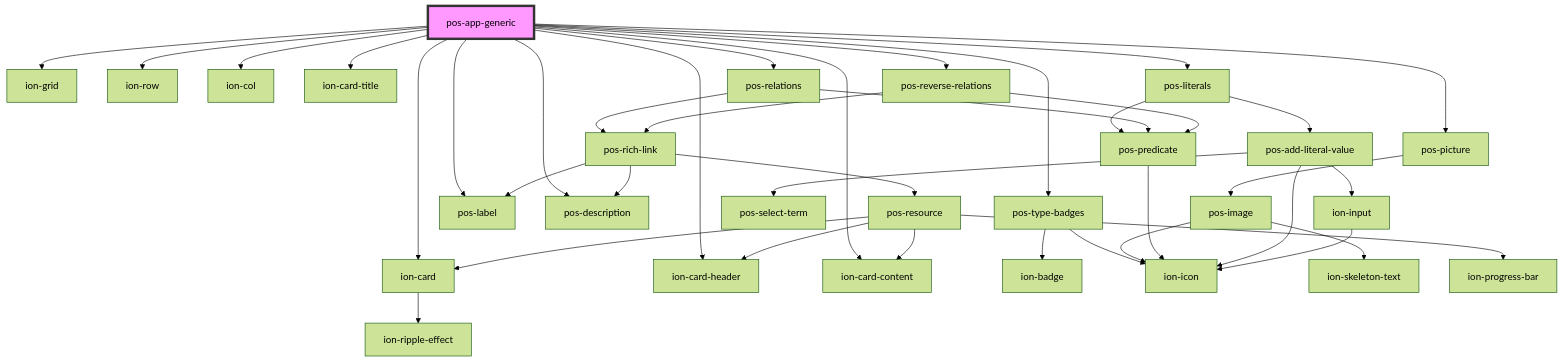
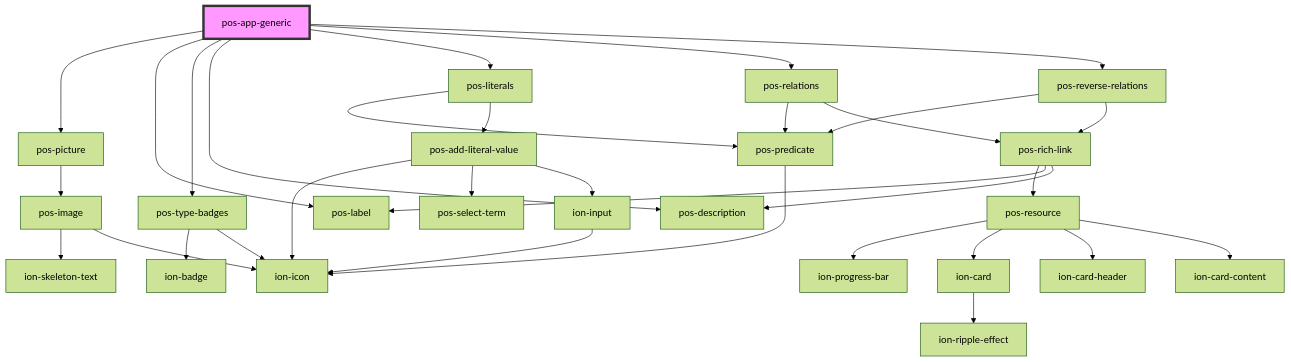
One commit to pod-os/PodOS changed the diagram in docs/elements/apps/pos-app-generic/readme.md. Above: the diagram before and after it, drawn with Mermaid (forest theme). The commit also changed other lines of this file and 7 other files, not shown here.

Commit message:
refactor: get rid of ionic in pos-app-generic

````diff
--- a/docs/elements/apps/pos-app-generic/readme.md
+++ b/docs/elements/apps/pos-app-generic/readme.md
@@ -28,42 +21,35 @@
 ```mermaid
 graph TD;
-  pos-app-generic --> ion-grid
-  pos-app-generic --> ion-row
-  pos-app-generic --> ion-col
-  pos-app-generic --> ion-card
-  pos-app-generic --> ion-card-header
+  pos-app-generic --> pos-picture
+  pos-app-generic --> pos-label
   pos-app-generic --> pos-type-badges
-  pos-app-generic --> pos-picture
-  pos-app-generic --> ion-card-title
-  pos-app-generic --> pos-label
-  pos-app-generic --> ion-card-content
   pos-app-generic --> pos-description
   pos-app-generic --> pos-literals
   pos-app-generic --> pos-relations
   pos-app-generic --> pos-reverse-relations
-  ion-card --> ion-ripple-effect
-  pos-type-badges --> ion-badge
-  pos-type-badges --> ion-icon
   pos-picture --> pos-image
   pos-image --> ion-skeleton-text
   pos-image --> ion-icon
+  pos-type-badges --> ion-badge
+  pos-type-badges --> ion-icon
   pos-literals --> pos-predicate
   pos-literals --> pos-add-literal-value
   pos-predicate --> ion-icon
   pos-add-literal-value --> ion-icon
   pos-add-literal-value --> pos-select-term
   pos-add-literal-value --> ion-input
   ion-input --> ion-icon
   pos-relations --> pos-predicate
   pos-relations --> pos-rich-link
   pos-rich-link --> pos-resource
   pos-rich-link --> pos-label
   pos-rich-link --> pos-description
   pos-resource --> ion-progress-bar
   pos-resource --> ion-card
   pos-resource --> ion-card-header
   pos-resource --> ion-card-content
+  ion-card --> ion-ripple-effect
   pos-reverse-relations --> pos-predicate
   pos-reverse-relations --> pos-rich-link
   style pos-app-generic fill:#f9f,stroke:#333,stroke-width:4px
 ```
````
